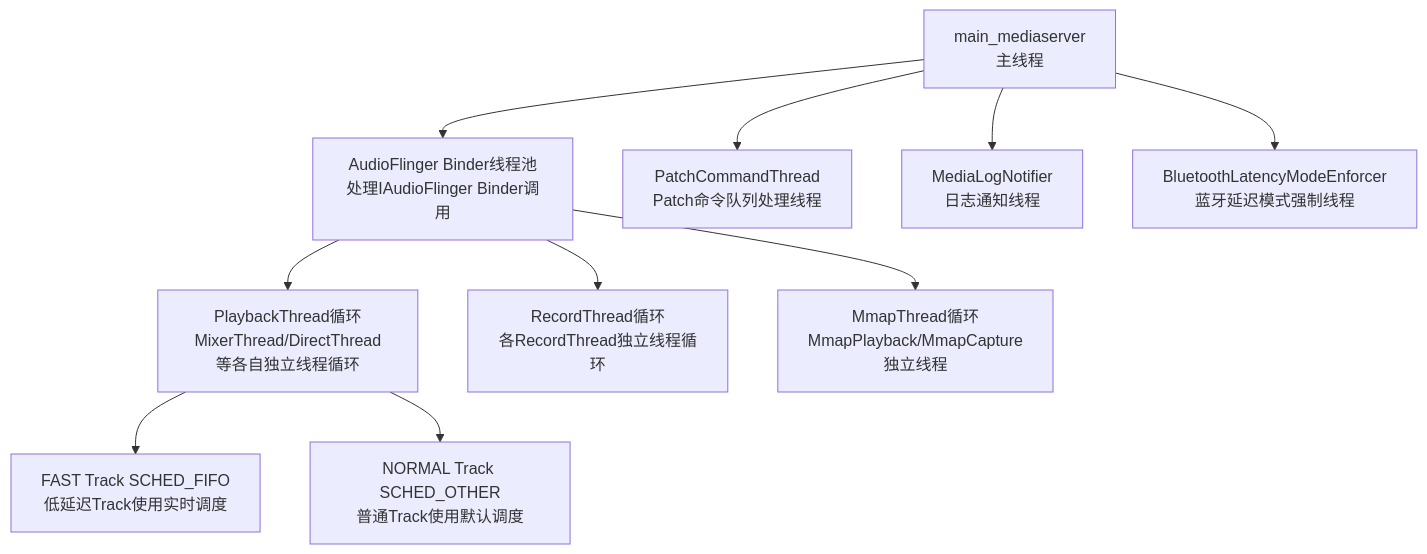
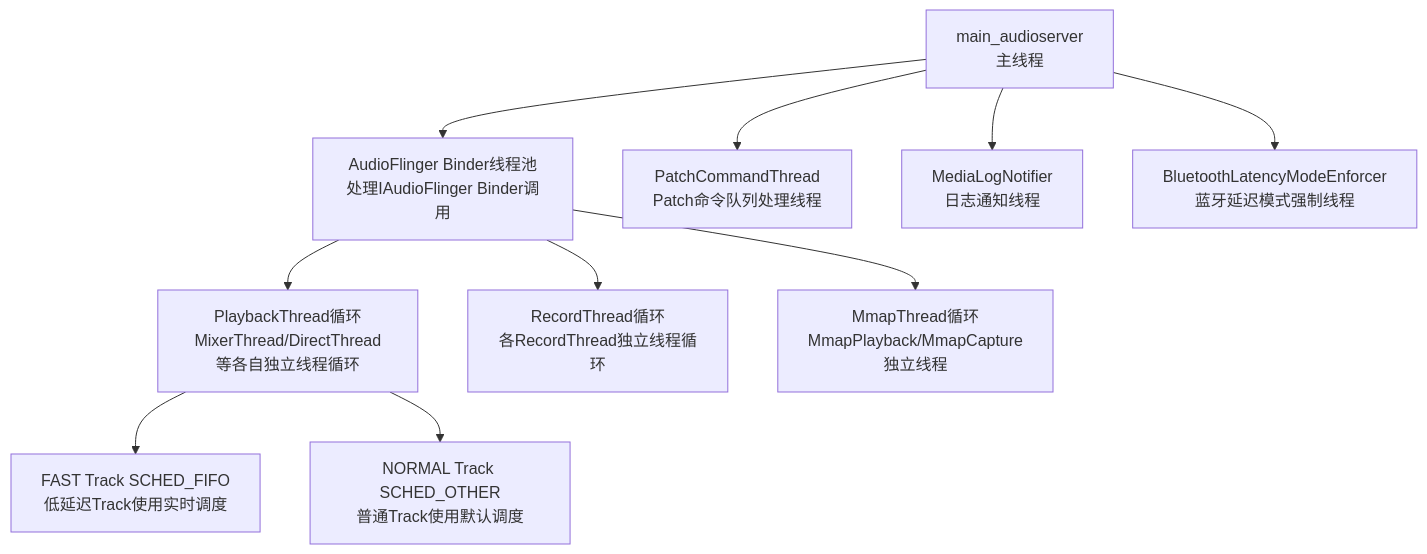
One commit to yanglinzhen1022/SA8295_AAOS_QNX_Audio_KnowledgeBase changed diagram 11 of 11 in 05_AudioFlinger/05_5.1_AudioFlinger-音频数据面引擎.md. Above: the diagram before and after it, drawn with Mermaid. The commit also changed other lines of this file and 154 other files, not shown here.

````diff
--- a/05_AudioFlinger/05_5.1_AudioFlinger-音频数据面引擎.md
+++ b/05_AudioFlinger/05_5.1_AudioFlinger-音频数据面引擎.md
@@ -1156,13 +1156,13 @@
 ```mermaid
 graph TB
-    MS[main_mediaserver<br/>主线程] --> AF_THREAD[AudioFlinger Binder线程池<br/>处理IAudioFlinger Binder调用]
+    MS[main_audioserver<br/>主线程] --> AF_THREAD[AudioFlinger Binder线程池<br/>处理IAudioFlinger Binder调用]
     AF_THREAD --> PT_LOOP[PlaybackThread循环<br/>MixerThread/DirectThread等各自独立线程循环]
     AF_THREAD --> RT_LOOP[RecordThread循环<br/>各RecordThread独立线程循环]
     AF_THREAD --> MT_LOOP[MmapThread循环<br/>MmapPlayback/MmapCapture独立线程]
     MS --> PCT[PatchCommandThread<br/>Patch命令队列处理线程]
     MS --> MLN[MediaLogNotifier<br/>日志通知线程]
     MS --> BQF[BluetoothLatencyModeEnforcer<br/>蓝牙延迟模式强制线程]
     
     PT_LOOP --> FAST_LOOP[FAST Track SCHED_FIFO<br/>低延迟Track使用实时调度]
     PT_LOOP --> NORMAL_LOOP[NORMAL Track SCHED_OTHER<br/>普通Track使用默认调度]
 ```
````
